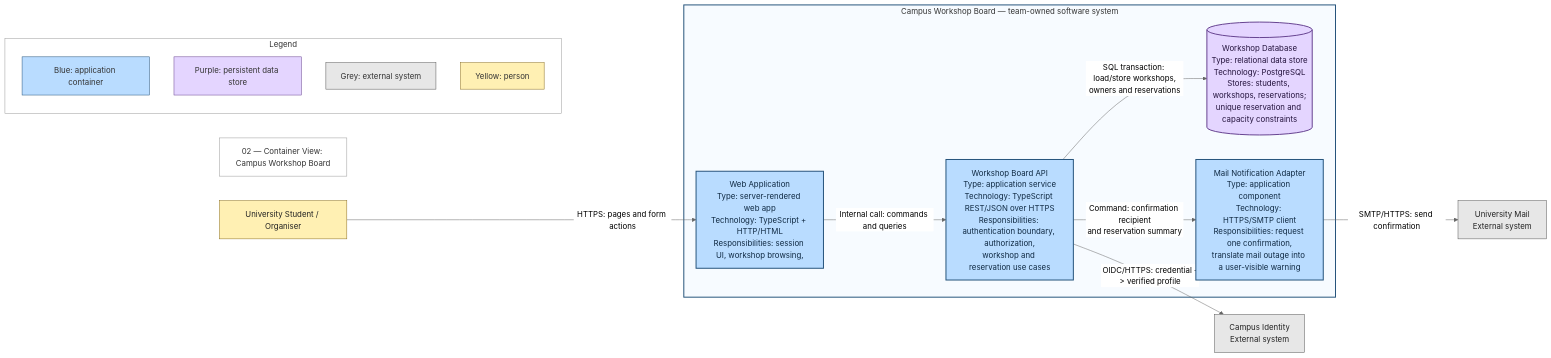
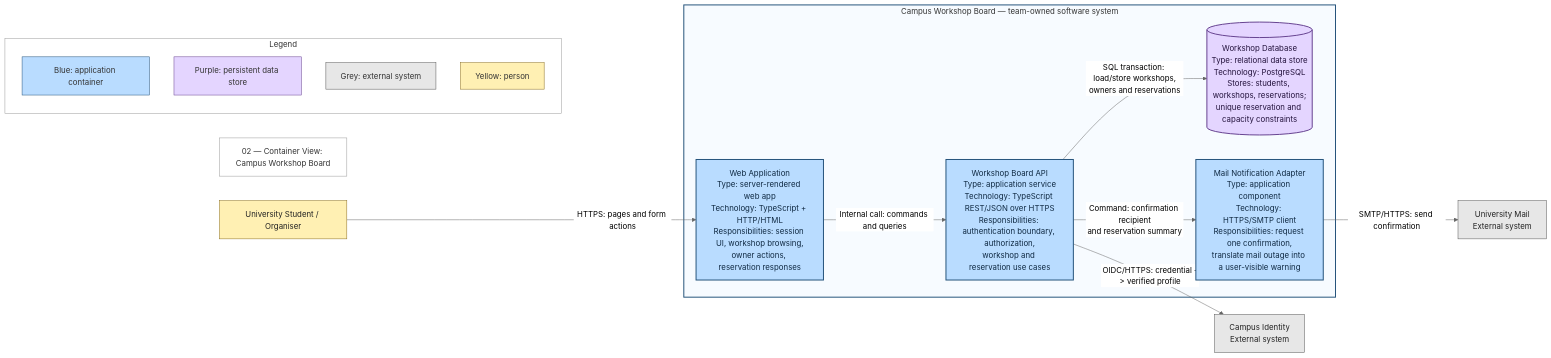
One commit to fatimatalhosani/ai-1220-labs--fatima-alhosani changed the diagram in lab05/diagrams/source/02-containers.mmd. Above: the diagram before and after it, drawn with Mermaid (neutral theme). The commit also changed 1 other file, not shown here.

```diff
--- a/lab05/diagrams/source/02-containers.mmd
+++ b/lab05/diagrams/source/02-containers.mmd
@@ -1,47 +1,47 @@
 flowchart LR
   title["02 — Container View: Campus Workshop Board"]
   student["University Student / Organiser"]
   identity["Campus Identity<br/>External system"]
   mail["University Mail<br/>External system"]
 
   subgraph board[Campus Workshop Board — team-owned software system]
-    web["Web Application<br/>Type: server-rendered web app<br/>Technology: TypeScript + HTTP/HTML<br/>Responsibilities: session UI, workshop browsing,<nowner actions, reservation responses"]
+    web["Web Application<br/>Type: server-rendered web app<br/>Technology: TypeScript + HTTP/HTML<br/>Responsibilities: session UI, workshop browsing,<br/>owner actions, reservation responses"]
     api["Workshop Board API<br/>Type: application service<br/>Technology: TypeScript REST/JSON over HTTPS<br/>Responsibilities: authentication boundary, authorization,
 workshop and reservation use cases"]
     db[("Workshop Database<br/>Type: relational data store<br/>Technology: PostgreSQL<br/>Stores: students, workshops, reservations;
 unique reservation and capacity constraints")]
     outbox["Mail Notification Adapter<br/>Type: application component<br/>Technology: HTTPS/SMTP client<br/>Responsibilities: request one confirmation,
 translate mail outage into a user-visible warning"]
   end
 
   student -->|HTTPS: pages and form actions| web
   web -->|Internal call: commands and queries| api
   api -->|SQL transaction: load/store workshops,
 owners and reservations| db
   api -->|Command: confirmation recipient
 and reservation summary| outbox
   api -->|OIDC/HTTPS: credential -> verified profile| identity
   outbox -->|SMTP/HTTPS: send confirmation| mail
 
   subgraph legend[Legend]
     app["Blue: application container"]
     store["Purple: persistent data store"]
     external["Grey: external system"]
     person["Yellow: person"]
   end
   classDef app fill:#b9dcff,stroke:#24527a,color:#102a43,stroke-width:2px;
   classDef store fill:#e4d5ff,stroke:#65418f,color:#24133d,stroke-width:2px;
   classDef ext fill:#e7e7e7,stroke:#555,color:#222;
   classDef person fill:#fff0b3,stroke:#8a6d1d,color:#222;
   classDef legend fill:#fff,stroke:#999,color:#333;
   class web,api,outbox app;
   class db store;
   class identity,mail ext;
   class student person;
   class title,legend,app,store,external,person legend;
   style board fill:#f7fbff,stroke:#24527a,stroke-width:2px;
   style legend fill:#fff,stroke:#999;
   style app fill:#b9dcff,stroke:#24527a;
   style store fill:#e4d5ff,stroke:#65418f;
   style external fill:#e7e7e7,stroke:#555;
   style person fill:#fff0b3,stroke:#8a6d1d;
```
